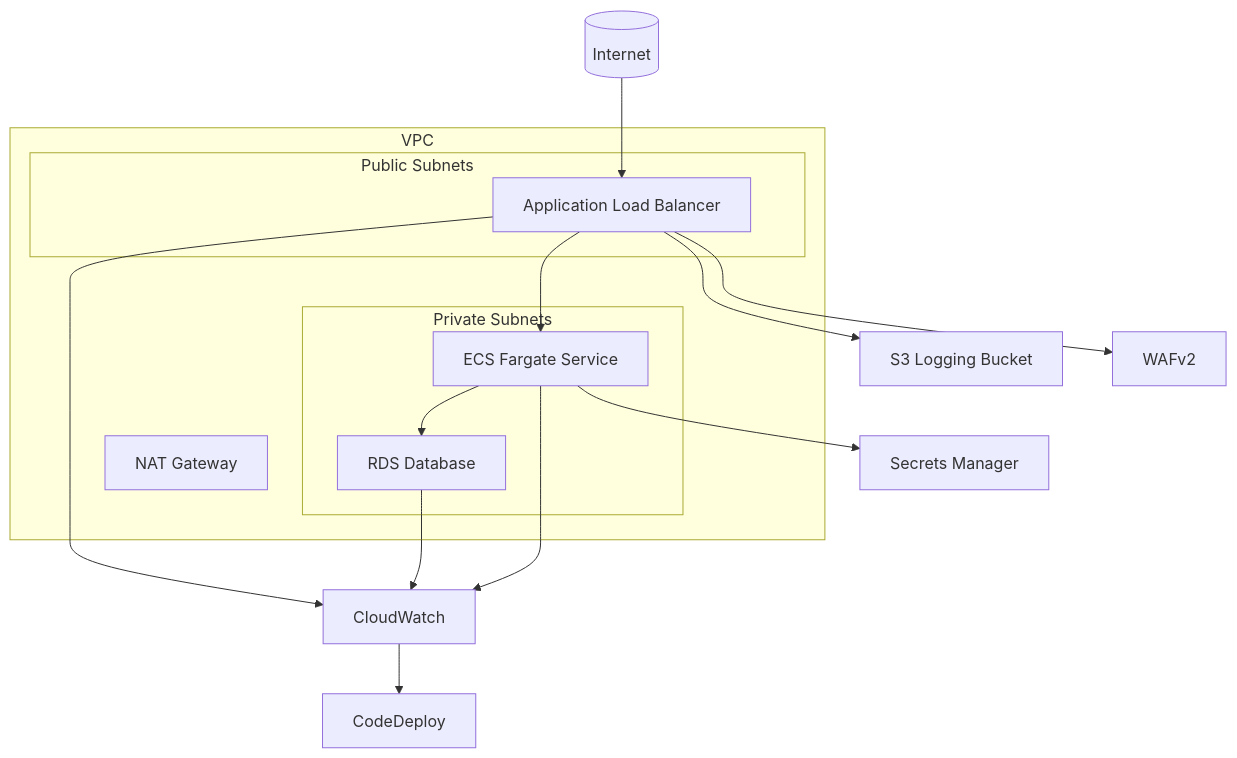
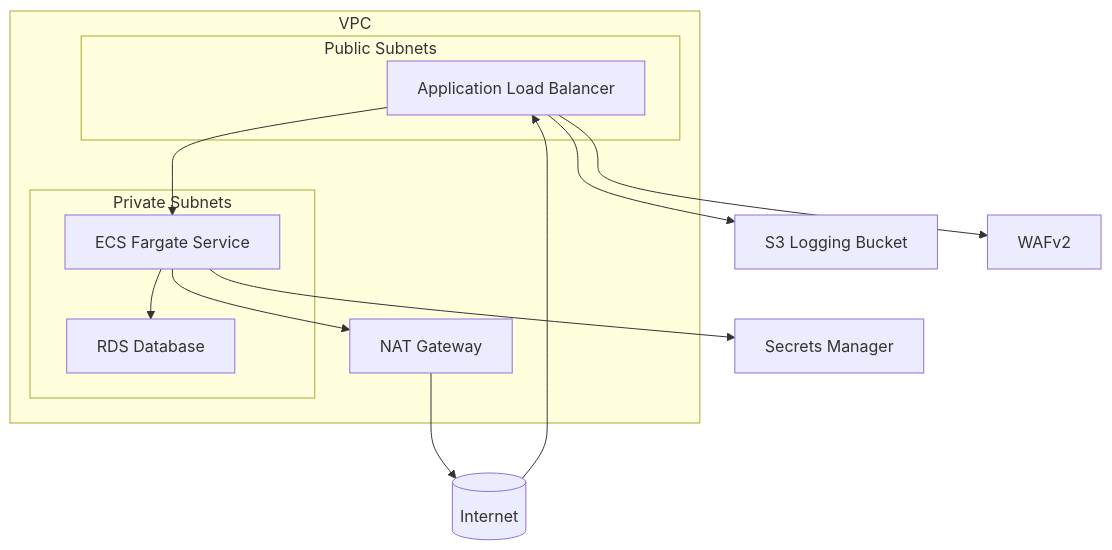
Before and after one commit to Simodalstix/AWS-fargate-golden-path: the first of 3 diagrams in README.md, drawn with Mermaid. The commit also changed other lines of this file and 11 other files, not shown here.

First line of the commit message:
Add infrastructure as code for AWS ECS Fargate deployment

````diff
--- a/README.md
+++ b/README.md
@@ -7,33 +9,29 @@
 ```mermaid
 graph TD
     subgraph VPC
         subgraph Public Subnets
             ALB[Application Load Balancer]
         end
 
         subgraph Private Subnets
             ECS[ECS Fargate Service]
             RDS[RDS Database]
         end
 
         NAT[NAT Gateway]
     end
 
     Internet[(Internet)]
-    CW[CloudWatch]
     S3[S3 Logging Bucket]
     SM[Secrets Manager]
     WAF[WAFv2]
-    CD[CodeDeploy]
 
     Internet --> ALB
     ALB --> ECS
     ECS --> RDS
     ECS --> SM
     ALB --> WAF
     ALB --> S3
-    ECS --> CW
-    RDS --> CW
-    ALB --> CW
-    CW --> CD
+    ECS --> NAT
+    NAT --> Internet
 ```
````
